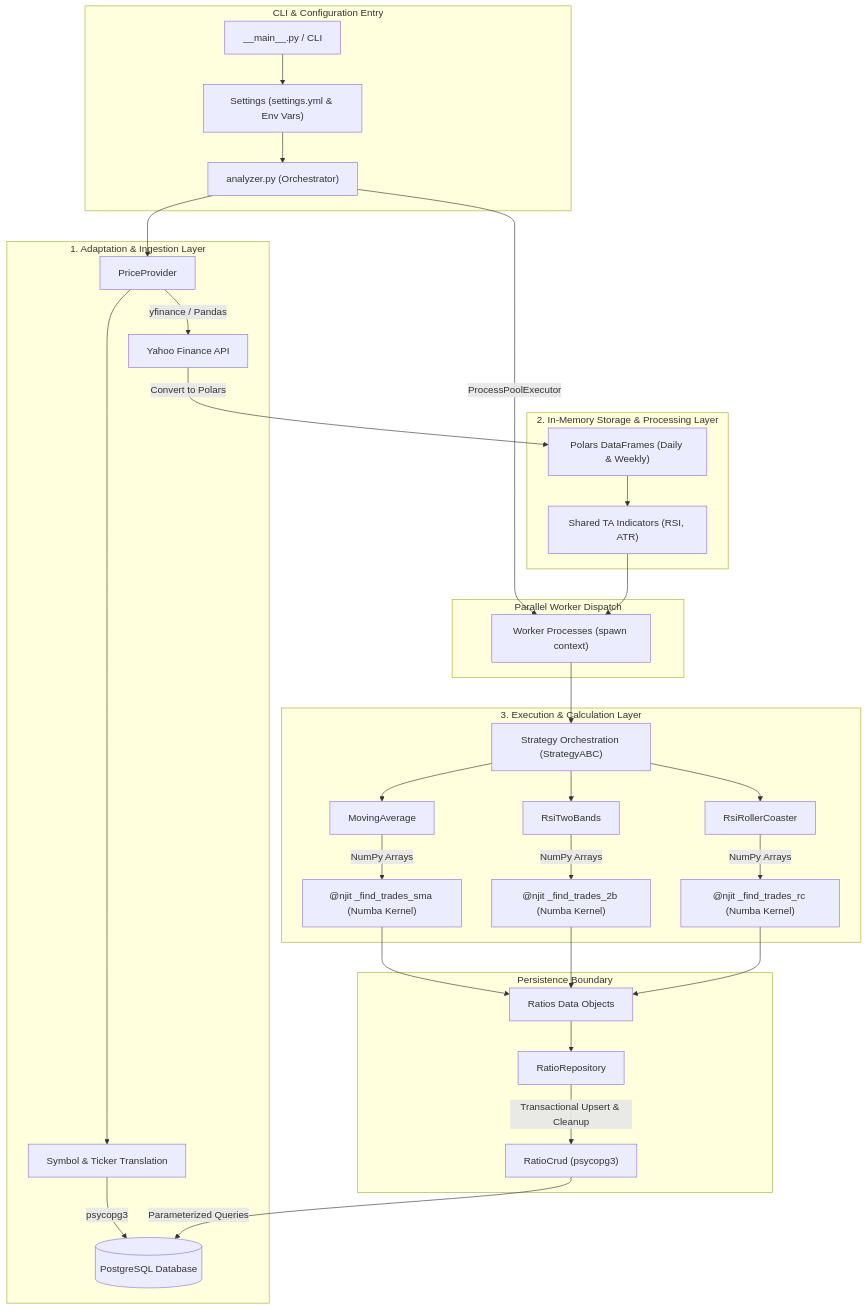
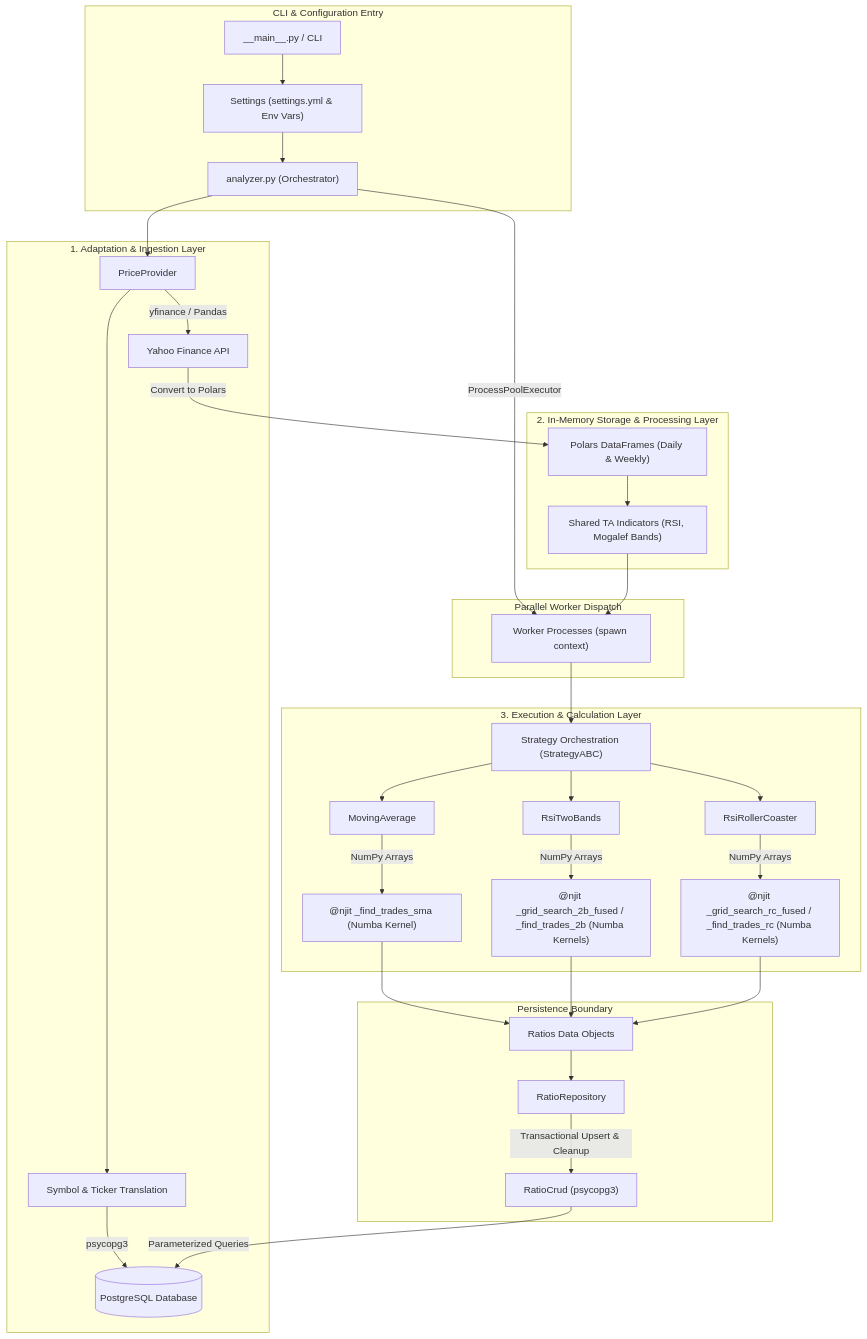
One commit to NestorDR/radar-core changed the diagram in README.md. Above: the diagram before and after it, drawn with Mermaid. The commit also changed other lines of this file, not shown here.

Commit message:
Update README to refine architecture diagram.

````diff
--- a/README.md
+++ b/README.md
@@ -80,42 +80,42 @@
 ```mermaid
 flowchart TD
     subgraph CLI ["CLI & Configuration Entry"]
         Main["__main__.py / CLI"] --> Settings["Settings (settings.yml & Env Vars)"]
         Settings --> Analyzer["analyzer.py (Orchestrator)"]
     end
 
     subgraph DataIngestion ["1. Adaptation & Ingestion Layer"]
         Analyzer --> PriceProvider["PriceProvider"]
         PriceProvider --> SymbolMapping["Symbol & Ticker Translation"]
         SymbolMapping -->|psycopg3| DB[("PostgreSQL Database")]
         PriceProvider -->|yfinance / Pandas| YFinance["Yahoo Finance API"]
     end
 
     subgraph Storage ["2. In-Memory Storage & Processing Layer"]
         YFinance -->|Convert to Polars| PolarsData["Polars DataFrames (Daily & Weekly)"]
-        PolarsData --> TechnicalIndicators["Shared TA Indicators (RSI, ATR)"]
+        PolarsData --> TechnicalIndicators["Shared TA Indicators (RSI, Mogalef Bands)"]
     end
 
     subgraph Concurrency ["Parallel Worker Dispatch"]
         Analyzer -->|ProcessPoolExecutor| ParallelWorkers["Worker Processes (spawn context)"]
         TechnicalIndicators --> ParallelWorkers
     end
 
     subgraph Execution ["3. Execution & Calculation Layer"]
         ParallelWorkers --> StrategyOrch["Strategy Orchestration (StrategyABC)"]
         StrategyOrch --> MA["MovingAverage"]
         StrategyOrch --> RSI2B["RsiTwoBands"]
         StrategyOrch --> RSIRC["RsiRollerCoaster"]
 
         MA -->|NumPy Arrays| NumbaMA["@njit _find_trades_sma (Numba Kernel)"]
-        RSI2B -->|NumPy Arrays| Numba2B["@njit _find_trades_2b (Numba Kernel)"]
-        RSIRC -->|NumPy Arrays| NumbaRC["@njit _find_trades_rc (Numba Kernel)"]
+        RSI2B -->|NumPy Arrays| Numba2B["@njit _grid_search_2b_fused / _find_trades_2b (Numba Kernels)"]
+        RSIRC -->|NumPy Arrays| NumbaRC["@njit _grid_search_rc_fused / _find_trades_rc (Numba Kernels)"]
     end
 
     subgraph Persistence ["Persistence Boundary"]
         NumbaMA & Numba2B & NumbaRC --> RatiosOutput["Ratios Data Objects"]
         RatiosOutput --> RatioRepo["RatioRepository"]
         RatioRepo -->|Transactional Upsert & Cleanup| RatioCrud["RatioCrud (psycopg3)"]
         RatioCrud -->|Parameterized Queries| DB
     end
 ```
````
